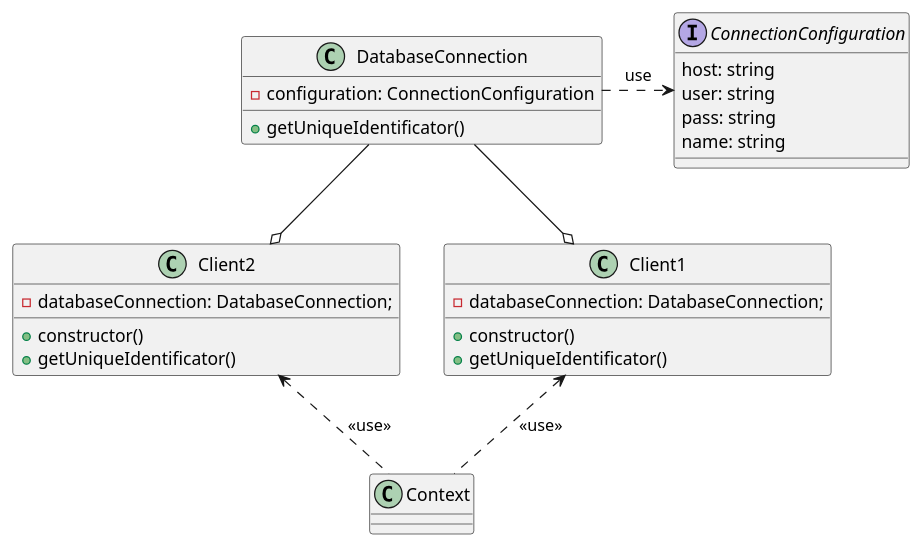
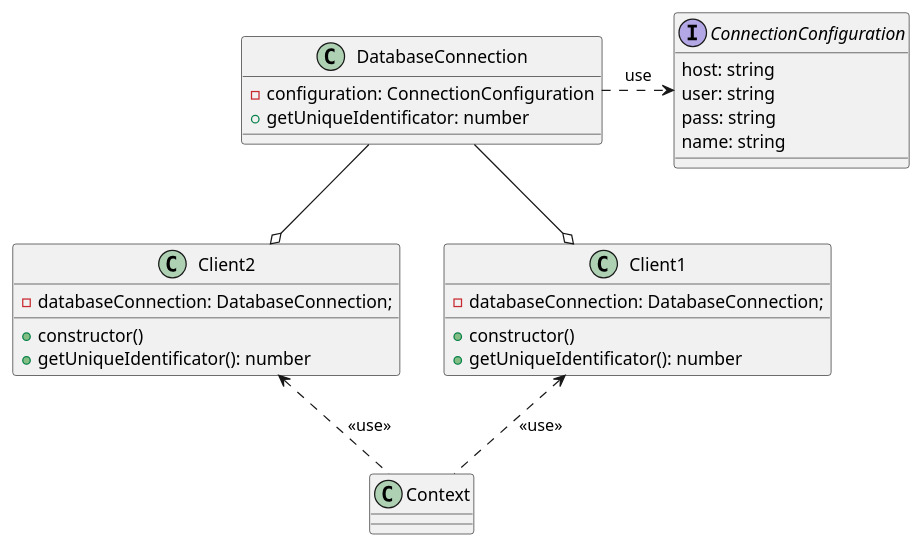
The diagram in singleton-pattern/example1/problem/database-problem.plantuml (Caballerog/blog), drawn with PlantUML before and after one commit.

```diff
--- a/singleton-pattern/example1/problem/database-problem.plantuml
+++ b/singleton-pattern/example1/problem/database-problem.plantuml
@@ -1,35 +1,35 @@
 @startuml
 
 interface ConnectionConfiguration {
   host: string
   user: string
   pass: string
   name: string
 }
 
 class DatabaseConnection {
   - configuration: ConnectionConfiguration 
-  + getUniqueIdentificator() 
+  + getUniqueIdentificator: number 
 }
 
 class Client2 {
   - databaseConnection: DatabaseConnection;
   + constructor()
-  + getUniqueIdentificator()
+  + getUniqueIdentificator(): number
 }
 
 
 class Client1 {
   - databaseConnection: DatabaseConnection;
   + constructor()
-  + getUniqueIdentificator()
+  + getUniqueIdentificator(): number
 }
 
 
 DatabaseConnection --o Client1
 DatabaseConnection --o Client2
 
 DatabaseConnection .> ConnectionConfiguration : "use"
 Client1 <-. Context : "<<use>>"
 Client2 <-. Context : "<<use>>"
 @enduml
```
